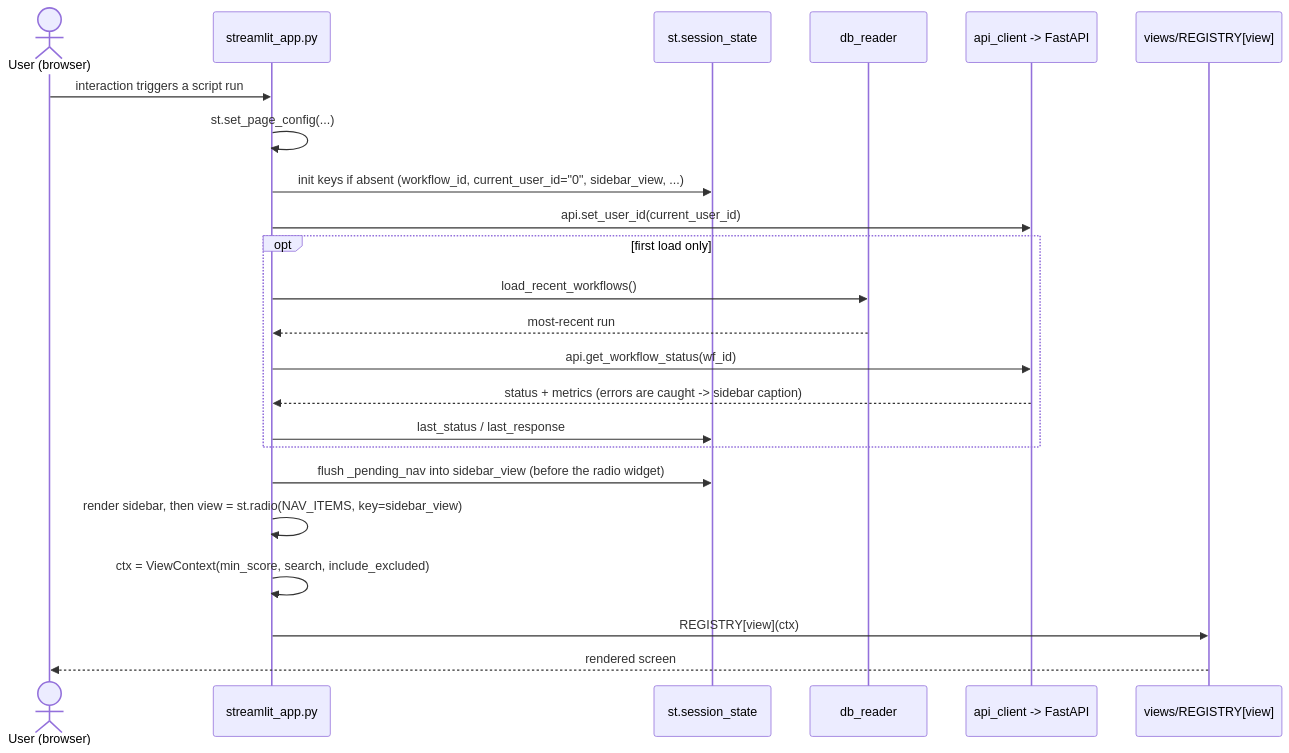
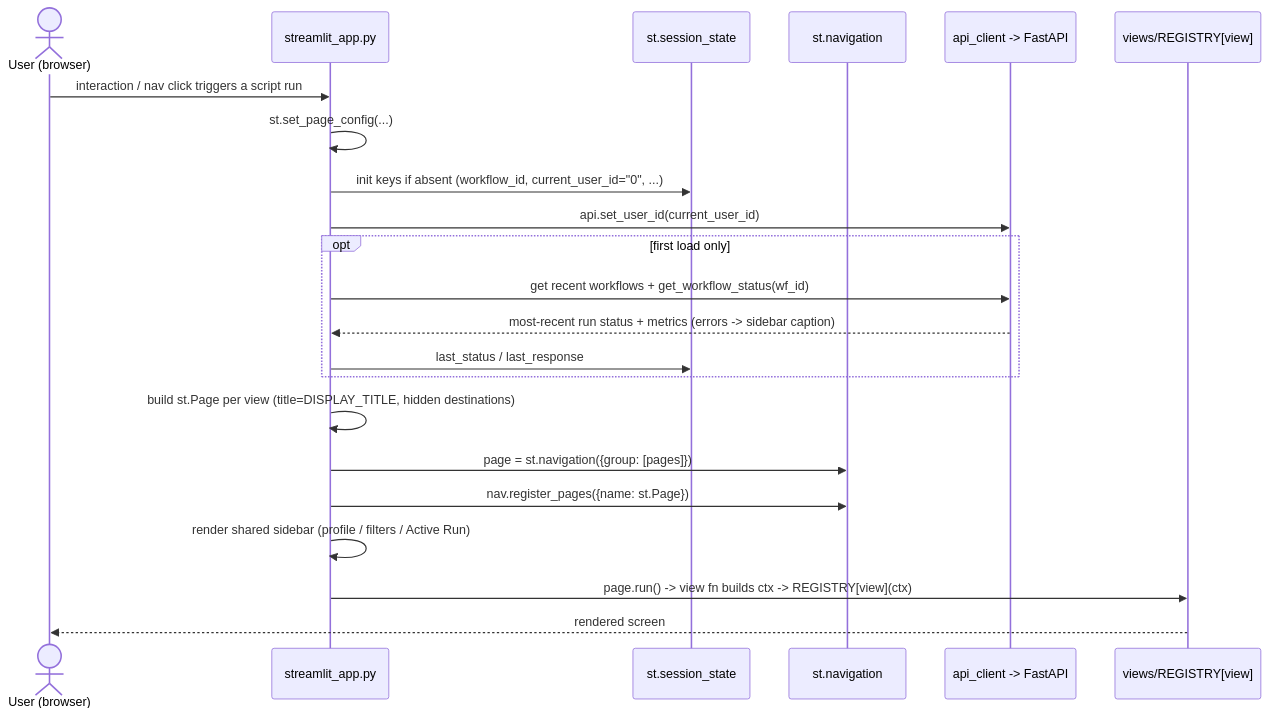
Before and after one commit to suthrams/jobsearchagent-v2: the second of 8 diagrams in docs/architecture/ui_architecture.md, drawn with Mermaid. The commit also changed other lines of this file and 10 other files, not shown here.

````diff
--- a/docs/architecture/ui_architecture.md
+++ b/docs/architecture/ui_architecture.md
@@ -107,26 +112,25 @@
 ```mermaid
 sequenceDiagram
     actor U as User (browser)
     participant E as streamlit_app.py
     participant SS as st.session_state
-    participant DB as db_reader
+    participant N as st.navigation
     participant AC as api_client -> FastAPI
     participant V as views/REGISTRY[view]
 
-    U->>E: interaction triggers a script run
+    U->>E: interaction / nav click triggers a script run
     E->>E: st.set_page_config(...)
-    E->>SS: init keys if absent (workflow_id, current_user_id="0", sidebar_view, ...)
+    E->>SS: init keys if absent (workflow_id, current_user_id="0", ...)
     E->>AC: api.set_user_id(current_user_id)
     opt first load only
-        E->>DB: load_recent_workflows()
-        DB-->>E: most-recent run
-        E->>AC: api.get_workflow_status(wf_id)
-        AC-->>E: status + metrics (errors are caught -> sidebar caption)
+        E->>AC: get recent workflows + get_workflow_status(wf_id)
+        AC-->>E: most-recent run status + metrics (errors -> sidebar caption)
         E->>SS: last_status / last_response
     end
-    E->>SS: flush _pending_nav into sidebar_view (before the radio widget)
-    E->>E: render sidebar, then view = st.radio(NAV_ITEMS, key=sidebar_view)
-    E->>E: ctx = ViewContext(min_score, search, include_excluded)
-    E->>V: REGISTRY[view](ctx)
+    E->>E: build st.Page per view (title=DISPLAY_TITLE, hidden destinations)
+    E->>N: page = st.navigation({group: [pages]})
+    E->>N: nav.register_pages({name: st.Page})
+    E->>E: render shared sidebar (profile / filters / Active Run)
+    E->>V: page.run() -> view fn builds ctx -> REGISTRY[view](ctx)
     V-->>U: rendered screen
 ```
````
